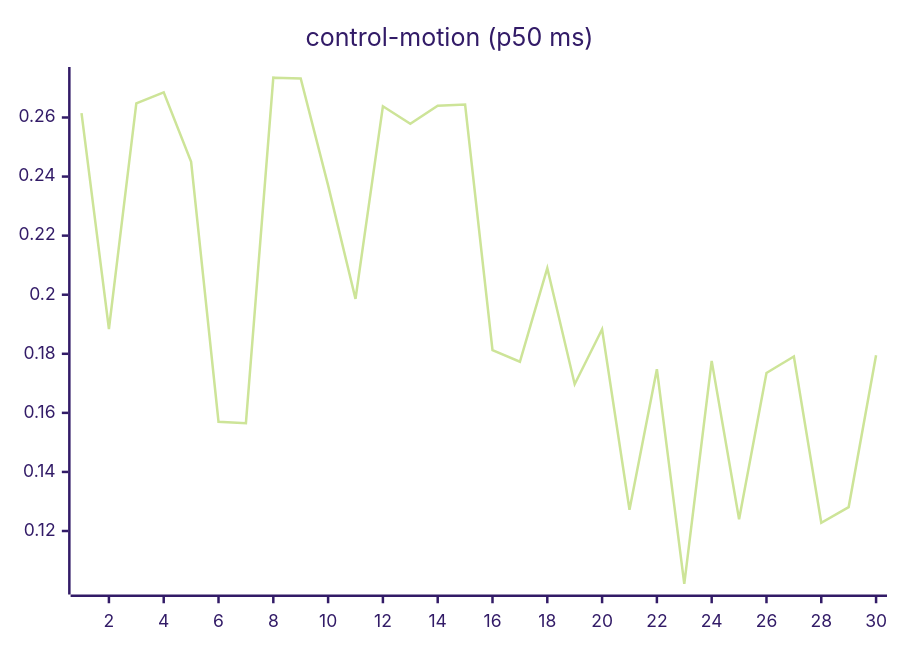
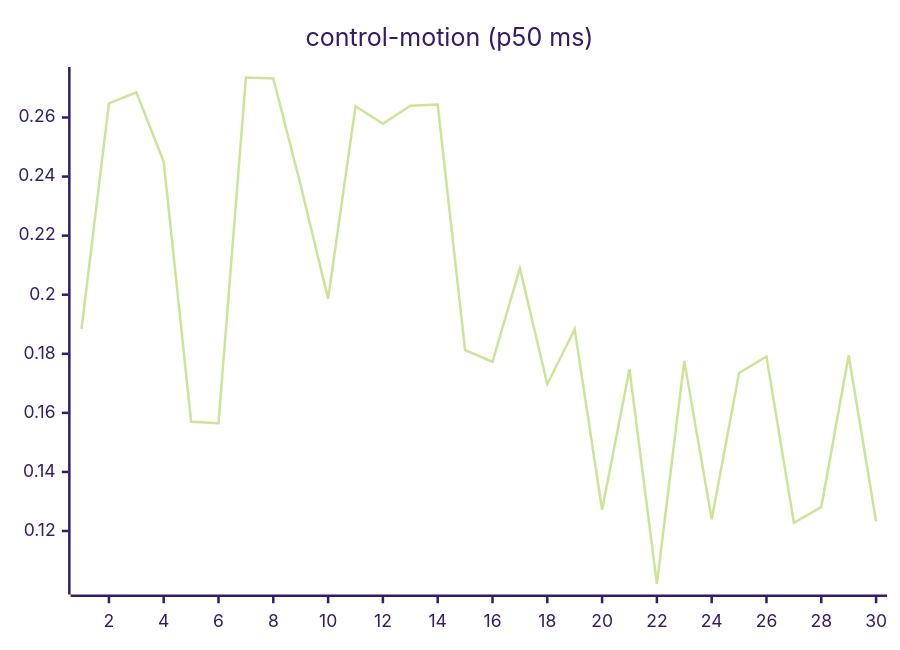
One commit to josha/Facet changed the seventh of 27 diagrams in README.md. Above: the diagram before and after it, drawn with Mermaid (forest theme). The commit also changed other lines of this file and 2 other files, not shown here.

````diff
--- a/README.md
+++ b/README.md
@@ -105,6 +105,6 @@
 ```mermaid
 xychart-beta
     title "control-motion (p50 ms)"
     x-axis 1 --> 30
-    line [0.2615, 0.1884, 0.2648, 0.2685, 0.2450, 0.1570, 0.1565, 0.2735, 0.2732, 0.2370, 0.1986, 0.2638, 0.2579, 0.2640, 0.2644, 0.1812, 0.1773, 0.2090, 0.1697, 0.1883, 0.1272, 0.1748, 0.1021, 0.1776, 0.1240, 0.1735, 0.1791, 0.1228, 0.1281, 0.1795]
+    line [0.1884, 0.2648, 0.2685, 0.2450, 0.1570, 0.1565, 0.2735, 0.2732, 0.2370, 0.1986, 0.2638, 0.2579, 0.2640, 0.2644, 0.1812, 0.1773, 0.2090, 0.1697, 0.1883, 0.1272, 0.1748, 0.1021, 0.1776, 0.1240, 0.1735, 0.1791, 0.1228, 0.1281, 0.1795, 0.1233]
 ```
````
